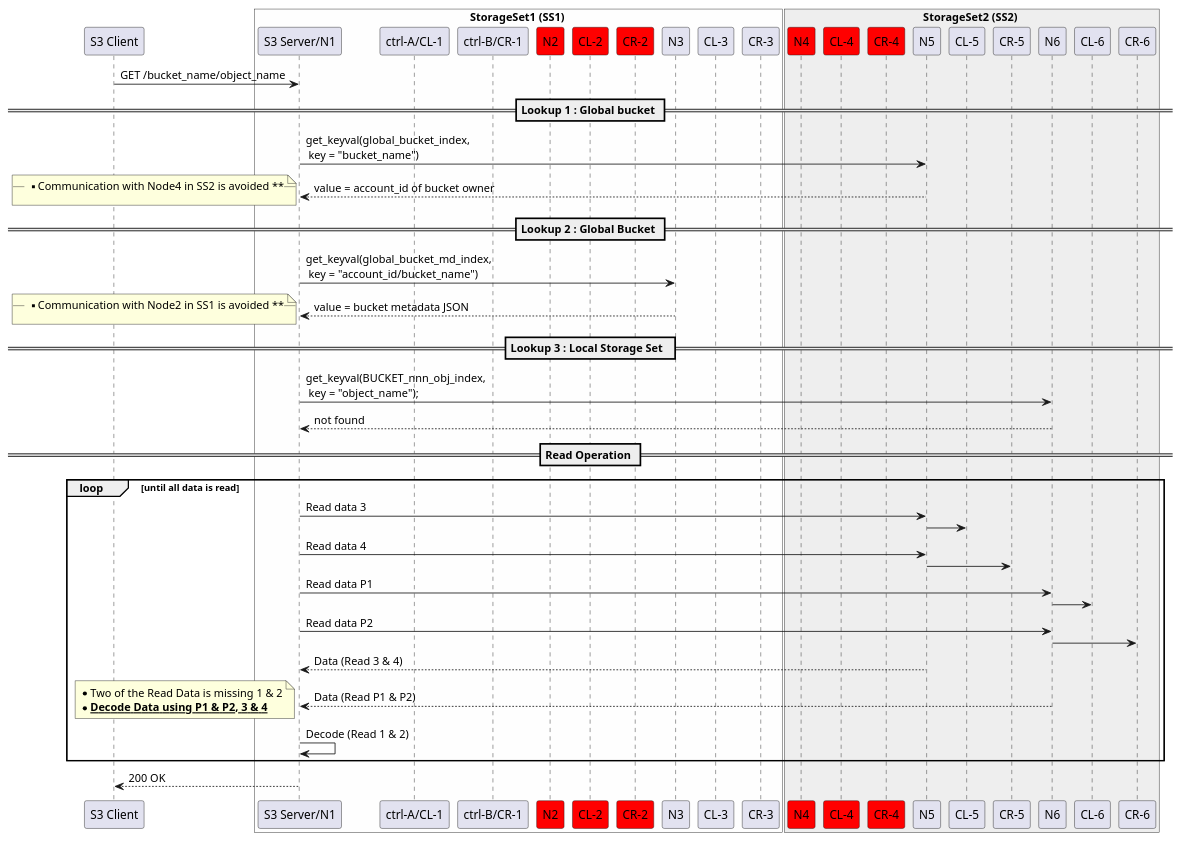
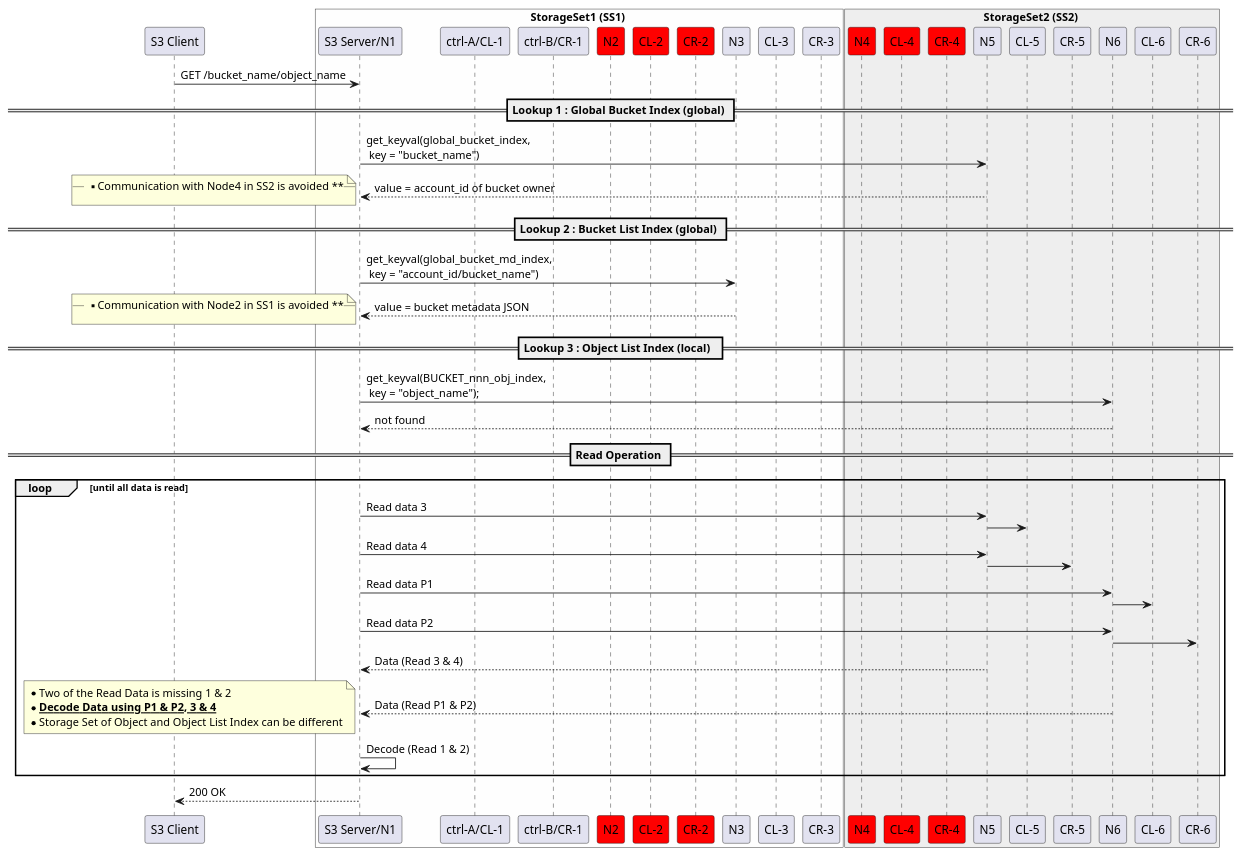
Before and after one commit to Seagate/cortx-motr: the diagram in doc/dev/ldrr2/usecases/image_src/simple_object_get_failed_node.puml, drawn with PlantUML. The commit also changed 1 other file, not shown here.

Commit message:
Updating diagram for Get operation and failed node scenario

```diff
--- a/doc/dev/ldrr2/usecases/image_src/simple_object_get_failed_node.puml
+++ b/doc/dev/ldrr2/usecases/image_src/simple_object_get_failed_node.puml
@@ -2,72 +2,73 @@
 @startuml
 participant "S3 Client" as client
 box StorageSet1 (SS1) #FEFEFE
 participant "S3 Server/N1" as N1
 participant "ctrl-A/CL-1" as CL_1
 participant "ctrl-B/CR-1" as CR_1
 participant "N2" as N2 #red
 participant "CL-2" as CL_2 #red
 participant "CR-2" as CR_2 #red
 participant "N3" as N3
 participant "CL-3" as CL_3
 participant "CR-3" as CR_3
 end box
 box StorageSet2 (SS2) #EEEEEE
 participant "N4" as N4 #red
 participant "CL-4" as CL_4 #red
 participant "CR-4" as CR_4 #red
 participant "N5" as N5
 participant "CL-5" as CL_5
 participant "CR-5" as CR_5
 participant "N6" as N6
 participant "CL-6" as CL_6
 participant "CR-6" as CR_6
 end box
 
 client -> N1: GET /bucket_name/object_name
 
-== Lookup 1 : Global bucket ==
+== Lookup 1 : Global Bucket Index (global) ==
 N1 -> N5: get_keyval(global_bucket_index,\n key = "bucket_name")
 N5 --> N1: value = account_id of bucket owner
 
 note left
    __** Communication with Node4 in SS2 is avoided **__
 end note
 
-== Lookup 2 : Global Bucket ==
+== Lookup 2 : Bucket List Index (global) ==
 N1 -> N3: get_keyval(global_bucket_md_index,\n key = "account_id/bucket_name")
 N3 --> N1: value = bucket metadata JSON
 
 note left
    __** Communication with Node2 in SS1 is avoided **__
 end note
 
-== Lookup 3 : Local Storage Set  ==
+== Lookup 3 : Object List Index (local)  ==
 N1 -> N6: get_keyval(BUCKET_nnn_obj_index,\n key = "object_name");
 N6 --> N1: not found
 
 == Read Operation ==
 
 loop until all data is read
   N1 -> "N5": Read data 3
   "N5" -> CL_5
   N1 -> "N5": Read data 4
   "N5" -> CR_5
 
   N1 -> "N6": Read data P1
   "N6" -> CL_6
   N1 -> "N6": Read data P2
   "N6" -> CR_6
 
   N5 --> N1: Data (Read 3 & 4)
   N6 --> N1: Data (Read P1 & P2)
 note left
    * Two of the Read Data is missing 1 & 2
    * __**Decode Data using P1 & P2, 3 & 4**__
+   * Storage Set of Object and Object List Index can be different
 end note
   "N1" -> N1 : Decode (Read 1 & 2)    
 end
 
 N1 --> client: 200 OK
 
 @enduml
```
